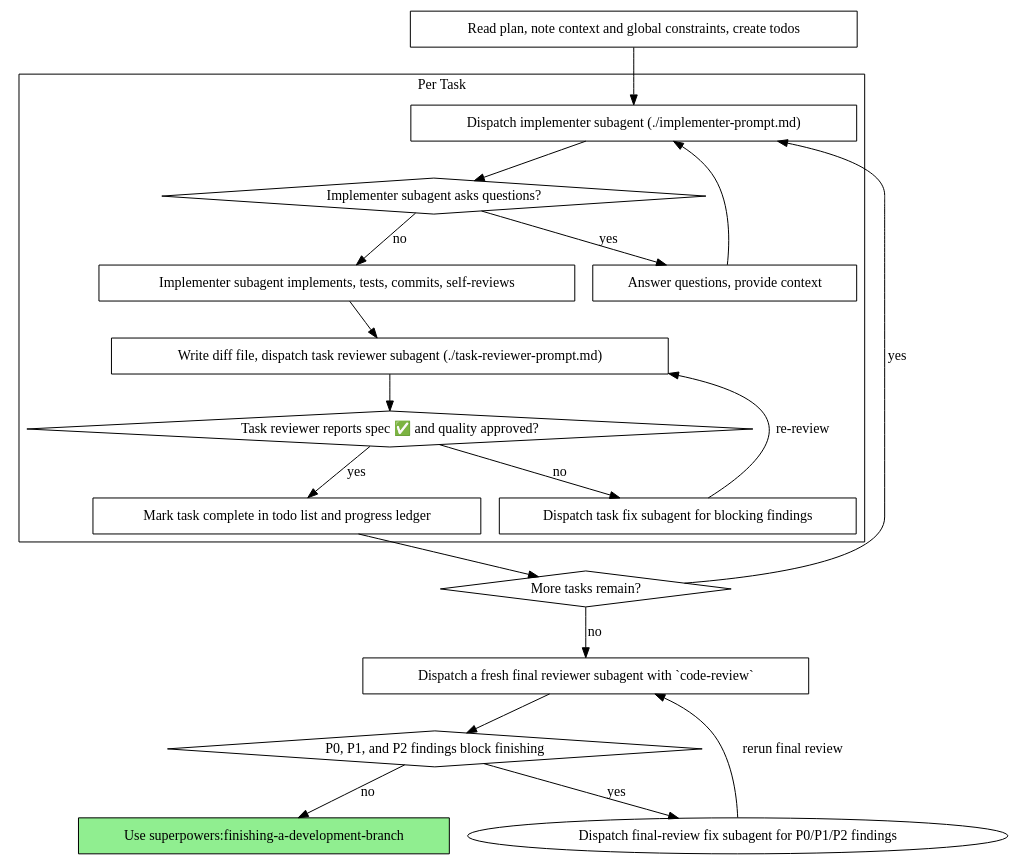
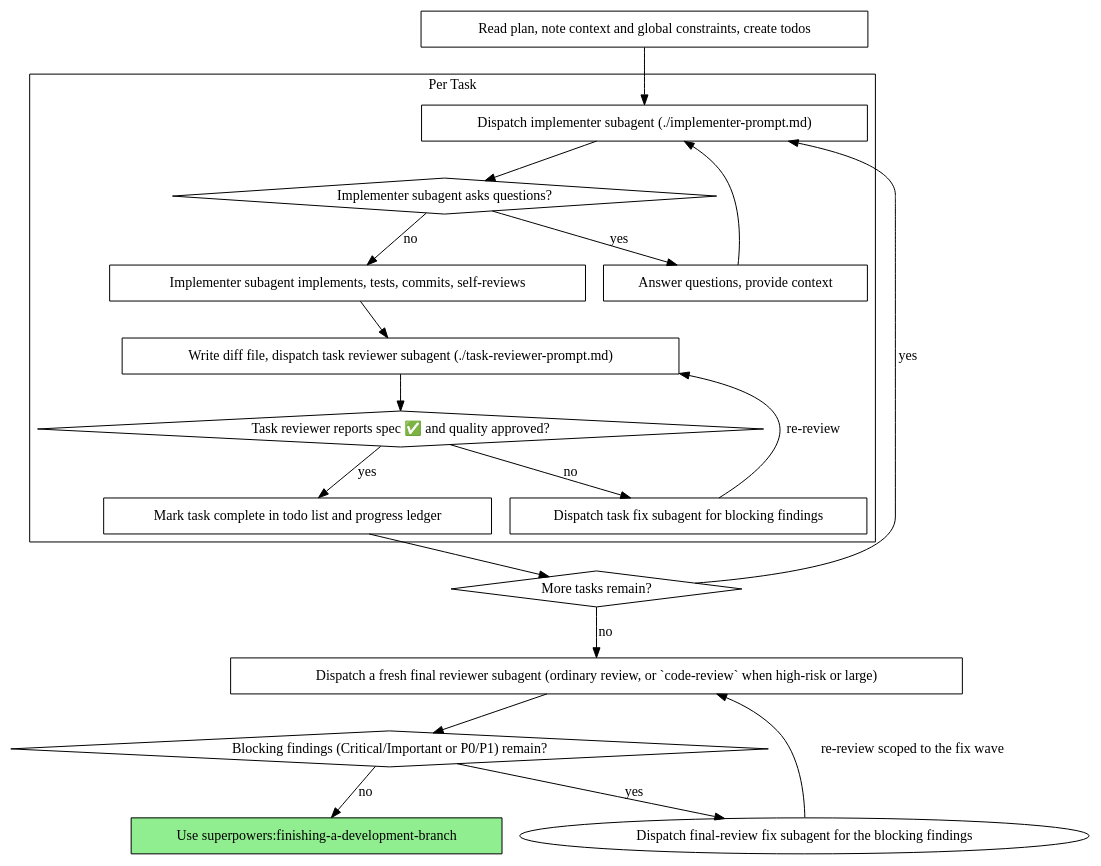
The second of 2 diagrams in skills/subagent-driven-development/SKILL.md (heyi-co/superpowers), drawn with Graphviz before and after one commit. The commit also changed other lines of this file and 19 other files, not shown here.

````diff
--- a/skills/subagent-driven-development/SKILL.md
+++ b/skills/subagent-driven-development/SKILL.md
@@ -47,41 +47,41 @@
 ```dot
 digraph process {
     rankdir=TB;
 
     subgraph cluster_per_task {
         label="Per Task";
         "Dispatch implementer subagent (./implementer-prompt.md)" [shape=box];
         "Implementer subagent asks questions?" [shape=diamond];
         "Answer questions, provide context" [shape=box];
         "Implementer subagent implements, tests, commits, self-reviews" [shape=box];
         "Write diff file, dispatch task reviewer subagent (./task-reviewer-prompt.md)" [shape=box];
         "Task reviewer reports spec ✅ and quality approved?" [shape=diamond];
         "Dispatch task fix subagent for blocking findings" [shape=box];
         "Mark task complete in todo list and progress ledger" [shape=box];
     }
 
     "Read plan, note context and global constraints, create todos" [shape=box];
     "More tasks remain?" [shape=diamond];
-    "Dispatch a fresh final reviewer subagent with `code-review`" [shape=box];
-    "P0, P1, and P2 findings block finishing" [shape=diamond];
+    "Dispatch a fresh final reviewer subagent (ordinary review, or `code-review` when high-risk or large)" [shape=box];
+    "Blocking findings (Critical/Important or P0/P1) remain?" [shape=diamond];
     "Use superpowers:finishing-a-development-branch" [shape=box style=filled fillcolor=lightgreen];
 
     "Read plan, note context and global constraints, create todos" -> "Dispatch implementer subagent (./implementer-prompt.md)";
     "Dispatch implementer subagent (./implementer-prompt.md)" -> "Implementer subagent asks questions?";
     "Implementer subagent asks questions?" -> "Answer questions, provide context" [label="yes"];
     "Answer questions, provide context" -> "Dispatch implementer subagent (./implementer-prompt.md)";
     "Implementer subagent asks questions?" -> "Implementer subagent implements, tests, commits, self-reviews" [label="no"];
     "Implementer subagent implements, tests, commits, self-reviews" -> "Write diff file, dispatch task reviewer subagent (./task-reviewer-prompt.md)";
     "Write diff file, dispatch task reviewer subagent (./task-reviewer-prompt.md)" -> "Task reviewer reports spec ✅ and quality approved?";
     "Task reviewer reports spec ✅ and quality approved?" -> "Dispatch task fix subagent for blocking findings" [label="no"];
     "Dispatch task fix subagent for blocking findings" -> "Write diff file, dispatch task reviewer subagent (./task-reviewer-prompt.md)" [label="re-review"];
     "Task reviewer reports spec ✅ and quality approved?" -> "Mark task complete in todo list and progress ledger" [label="yes"];
     "Mark task complete in todo list and progress ledger" -> "More tasks remain?";
     "More tasks remain?" -> "Dispatch implementer subagent (./implementer-prompt.md)" [label="yes"];
-    "More tasks remain?" -> "Dispatch a fresh final reviewer subagent with `code-review`" [label="no"];
-    "Dispatch a fresh final reviewer subagent with `code-review`" -> "P0, P1, and P2 findings block finishing";
-    "P0, P1, and P2 findings block finishing" -> "Dispatch final-review fix subagent for P0/P1/P2 findings" [label="yes"];
-    "Dispatch final-review fix subagent for P0/P1/P2 findings" -> "Dispatch a fresh final reviewer subagent with `code-review`" [label="rerun final review"];
-    "P0, P1, and P2 findings block finishing" -> "Use superpowers:finishing-a-development-branch" [label="no"];
+    "More tasks remain?" -> "Dispatch a fresh final reviewer subagent (ordinary review, or `code-review` when high-risk or large)" [label="no"];
+    "Dispatch a fresh final reviewer subagent (ordinary review, or `code-review` when high-risk or large)" -> "Blocking findings (Critical/Important or P0/P1) remain?";
+    "Blocking findings (Critical/Important or P0/P1) remain?" -> "Dispatch final-review fix subagent for the blocking findings" [label="yes"];
+    "Dispatch final-review fix subagent for the blocking findings" -> "Dispatch a fresh final reviewer subagent (ordinary review, or `code-review` when high-risk or large)" [label="re-review scoped to the fix wave"];
+    "Blocking findings (Critical/Important or P0/P1) remain?" -> "Use superpowers:finishing-a-development-branch" [label="no"];
 }
 ```
````
